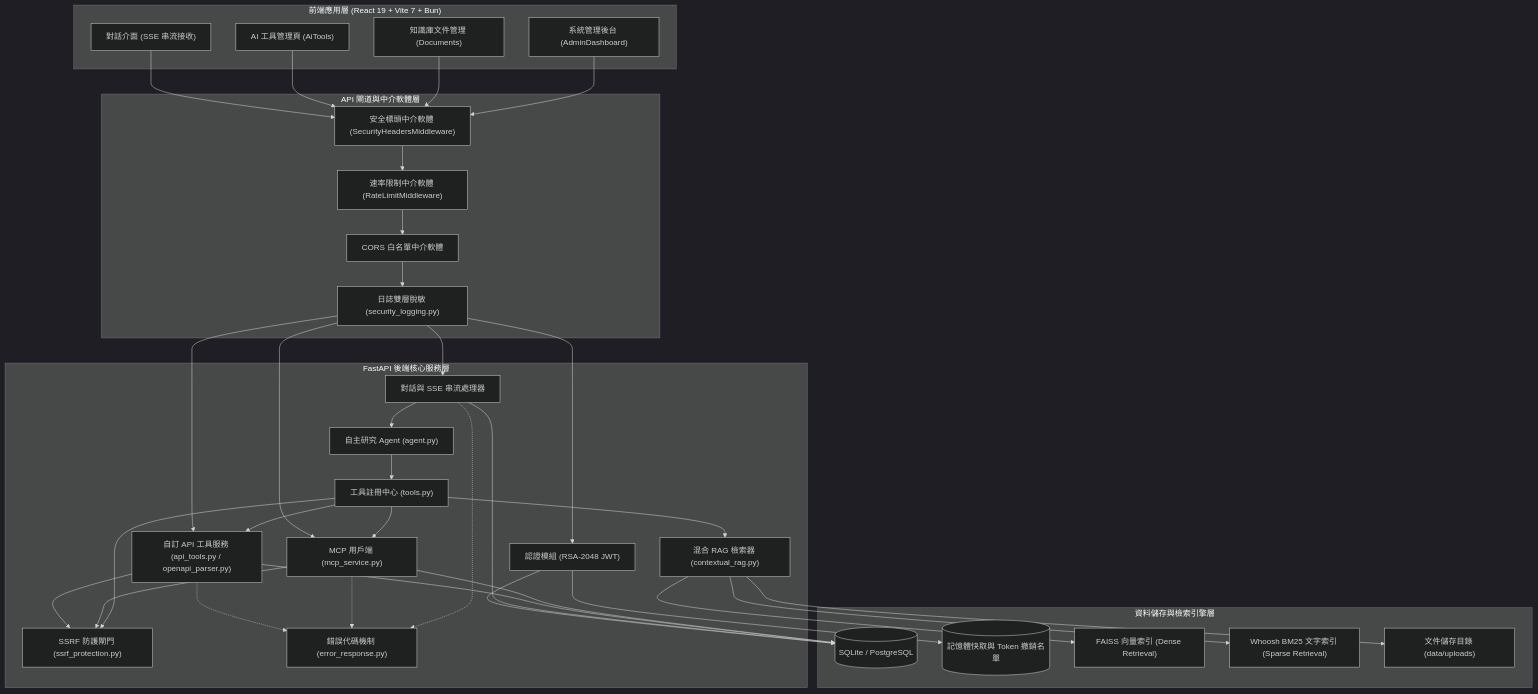
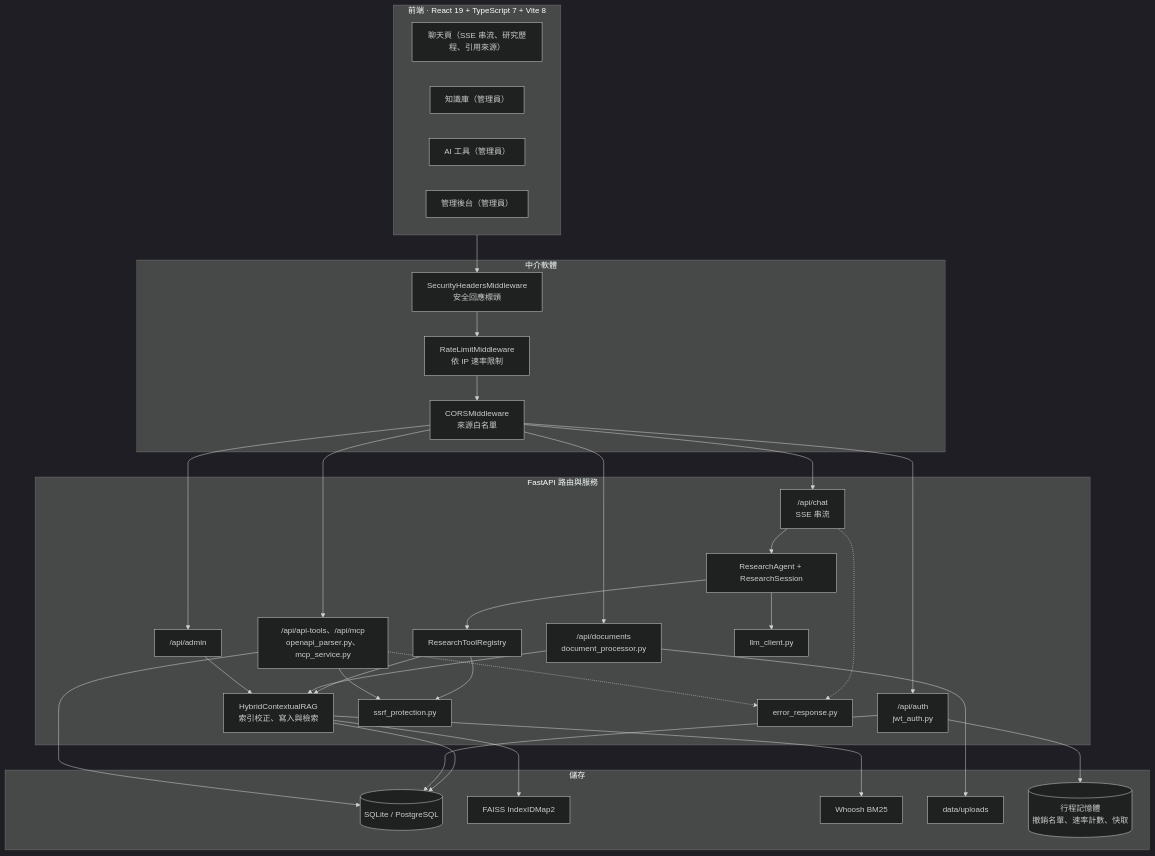
One commit to Scorpio-meow/AskMiao changed the first of 9 diagrams in docs/architecture.md. Above: the diagram before and after it, drawn with Mermaid (dark theme). The commit also changed other lines of this file and 32 other files, not shown here.

````diff
--- a/docs/architecture.md
+++ b/docs/architecture.md
@@ -13,67 +30,55 @@
 ```mermaid
 flowchart TB
-    subgraph Client ["前端應用層 (React 19 + Vite 7 + Bun)"]
-        UI["對話介面 (SSE 串流接收)"]
-        ToolsUI["AI 工具管理頁 (AiTools)"]
-        DocsUI["知識庫文件管理 (Documents)"]
-        AdminUI["系統管理後台 (AdminDashboard)"]
+    subgraph Client ["前端 · React 19 + TypeScript 7 + Vite 8"]
+        ChatUI["聊天頁（SSE 串流、研究歷程、引用來源）"]
+        DocsUI["知識庫（管理員）"]
+        ToolsUI["AI 工具（管理員）"]
+        AdminUI["管理後台（管理員）"]
     end
 
-    subgraph Gateway ["API 閘道與中介軟體層"]
-        SecHeaders["安全標頭中介軟體 (SecurityHeadersMiddleware)"]
-        RateLimit["速率限制中介軟體 (RateLimitMiddleware)"]
-        CORS["CORS 白名單中介軟體"]
-        Redact["日誌雙層脫敏 (security_logging.py)"]
+    subgraph Gateway ["中介軟體"]
+        SecHeaders["SecurityHeadersMiddleware<br/>安全回應標頭"]
+        RateLimit["RateLimitMiddleware<br/>依 IP 速率限制"]
+        CORS["CORSMiddleware<br/>來源白名單"]
     end
 
-    subgraph Backend ["FastAPI 後端核心服務層"]
-        AuthModule["認證模組 (RSA-2048 JWT)"]
-        ChatModule["對話與 SSE 串流處理器"]
-        RAGModule["混合 RAG 檢索器 (contextual_rag.py)"]
-        AgentModule["自主研究 Agent (agent.py)"]
-        ToolModule["工具註冊中心 (tools.py)"]
-        ApiToolModule["自訂 API 工具服務 (api_tools.py / openapi_parser.py)"]
-        McpModule["MCP 用戶端 (mcp_service.py)"]
-        SSRFGuard["SSRF 防護閘門 (ssrf_protection.py)"]
-        ErrModule["錯誤代碼機制 (error_response.py)"]
+    subgraph Backend ["FastAPI 路由與服務"]
+        AuthAPI["/api/auth<br/>jwt_auth.py"]
+        ChatAPI["/api/chat<br/>SSE 串流"]
+        DocAPI["/api/documents<br/>document_processor.py"]
+        ToolAPI["/api/api-tools、/api/mcp<br/>openapi_parser.py、mcp_service.py"]
+        AdminAPI["/api/admin"]
+        RAG["HybridContextualRAG<br/>索引校正、寫入與檢索"]
+        Agent["ResearchAgent + ResearchSession"]
+        Registry["ResearchToolRegistry"]
+        LLM["llm_client.py"]
+        SSRF["ssrf_protection.py"]
+        Err["error_response.py"]
     end
 
-    subgraph Storage ["資料儲存與檢索引擎層"]
-        DB[(SQLite / PostgreSQL)]
-        MemCache[("記憶體快取與 Token 撤銷名單")]
-        FAISSIndex["FAISS 向量索引 (Dense Retrieval)"]
-        BM25Index["Whoosh BM25 文字索引 (Sparse Retrieval)"]
-        Uploads["文件儲存目錄 (data/uploads)"]
+    subgraph Storage ["儲存"]
+        DB[("SQLite / PostgreSQL")]
+        FAISS["FAISS IndexIDMap2"]
+        BM25["Whoosh BM25"]
+        Files["data/uploads"]
+        Mem[("行程記憶體<br/>撤銷名單、速率計數、快取")]
     end
 
-    UI --> SecHeaders
-    ToolsUI --> SecHeaders
-    DocsUI --> SecHeaders
-    AdminUI --> SecHeaders
-    SecHeaders --> RateLimit --> CORS --> Redact
-    Redact --> AuthModule
-    Redact --> ChatModule
-    Redact --> ApiToolModule
-    Redact --> McpModule
-
-    ChatModule --> AgentModule
-    AgentModule --> ToolModule
-    ToolModule --> RAGModule
-    ToolModule --> ApiToolModule
-    ToolModule --> McpModule
-    ApiToolModule --> SSRFGuard
-    McpModule --> SSRFGuard
-    ToolModule --> SSRFGuard
-
-    AuthModule --> DB
-    AuthModule --> MemCache
-    ChatModule --> DB
-    ApiToolModule --> DB
-    McpModule --> DB
-    RAGModule --> FAISSIndex
-    RAGModule --> BM25Index
-    RAGModule --> Uploads
-    ApiToolModule -.-> ErrModule
-    McpModule -.-> ErrModule
-    ChatModule -.-> ErrModule
+    Client --> SecHeaders --> RateLimit --> CORS
+    CORS --> AuthAPI & ChatAPI & DocAPI & ToolAPI & AdminAPI
+    ChatAPI --> Agent --> Registry
+    Agent --> LLM
+    Registry --> RAG
+    Registry --> SSRF
+    ToolAPI --> SSRF
+    DocAPI --> RAG
+    AdminAPI --> RAG
+    RAG --> FAISS & BM25
+    RAG --> DB
+    DocAPI --> Files
+    AuthAPI --> DB
+    AuthAPI --> Mem
+    ToolAPI --> DB
+    ChatAPI -.-> Err
+    ToolAPI -.-> Err
 ```
````
